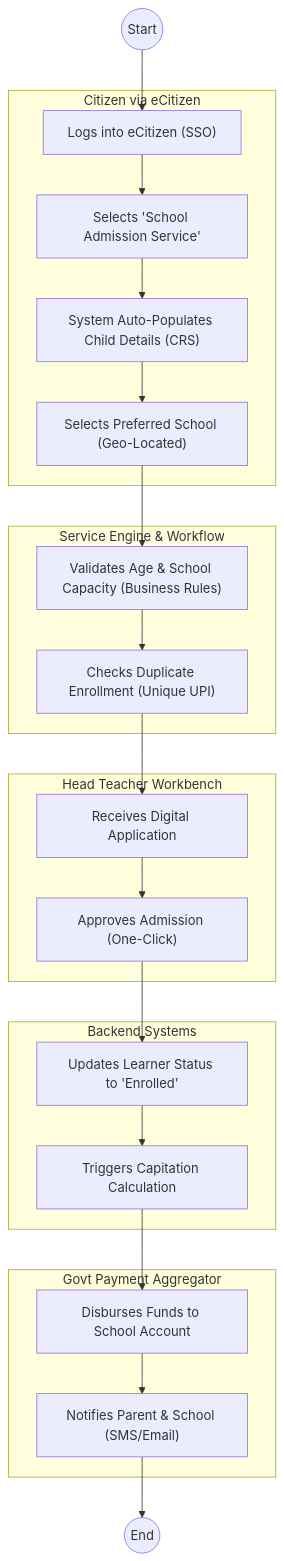
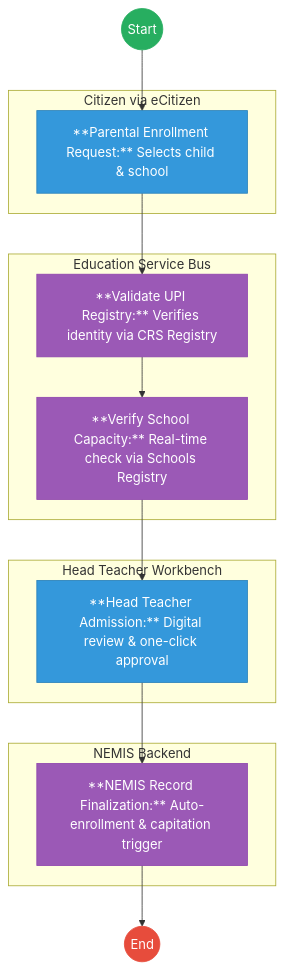
Before and after one commit to BITZ-IT-Consulting-LTD/ictapoc: the second of 2 diagrams in mdas/docs_final/Ministry_of_Education___Service_Delivery.md, drawn with Mermaid. The commit also changed other lines of this file and 461 other files, not shown here.

````diff
--- a/mdas/docs_final/Ministry_of_Education___Service_Delivery.md
+++ b/mdas/docs_final/Ministry_of_Education___Service_Delivery.md
@@ -119,39 +135,37 @@
 ```mermaid
 graph TD
     Start((Start)) --> S1
+    
     subgraph Parent [Citizen via eCitizen]
-        S1["Logs into eCitizen (SSO)"]
-        S2["Selects 'School Admission Service'"]
-        S3["System Auto-Populates Child Details (CRS)"]
-        S4["Selects Preferred School (Geo-Located)"]
+        S1["**Parental Enrollment Request:** Selects child & school"]
     end
-    subgraph WoG_Platform [Service Engine & Workflow]
-        S5["Validates Age & School Capacity (Business Rules)"]
-        S6["Checks Duplicate Enrollment (Unique UPI)"]
+    
+    subgraph WoG_Platform [Education Service Bus]
+        S2["**Validate UPI Registry:** Verifies identity via CRS Registry"]
+        S3["**Verify School Capacity:** Real-time check via Schools Registry"]
     end
+    
     subgraph School [Head Teacher Workbench]
-        S7["Receives Digital Application"]
-        S8["Approves Admission (One-Click)"]
+        S4["**Head Teacher Admission:** Digital review & one-click approval"]
     end
-    subgraph NEMIS_Core [Backend Systems]
-        S9["Updates Learner Status to 'Enrolled'"]
-        S10["Triggers Capitation Calculation"]
-    end
-    subgraph Payments [Govt Payment Aggregator]
-        S11["Disburses Funds to School Account"]
-        S12["Notifies Parent & School (SMS/Email)"]
+    
+    subgraph NEMIS_System [NEMIS Backend]
+        S5["**NEMIS Record Finalization:** Auto-enrollment & capitation trigger"]
     end
     
     S1 --> S2
     S2 --> S3
     S3 --> S4
     S4 --> S5
-    S5 --> S6
-    S6 --> S7
-    S7 --> S8
-    S8 --> S9
-    S9 --> S10
-    S10 --> S11
-    S11 --> S12
-    S12 --> End((End))
+    S5 --> End((End))
+
+    classDef start fill:#27ae60,stroke:#27ae60,color:#fff;
+    classDef endNode fill:#e74c3c,stroke:#e74c3c,color:#fff;
+    classDef userTask fill:#3498db,stroke:#2980b9,color:#fff;
+    classDef serviceTask fill:#9b59b6,stroke:#8e44ad,color:#fff;
+    
+    class Start start;
+    class End endNode;
+    class S1,S4 userTask;
+    class S2,S3,S5 serviceTask;
 ```
````
